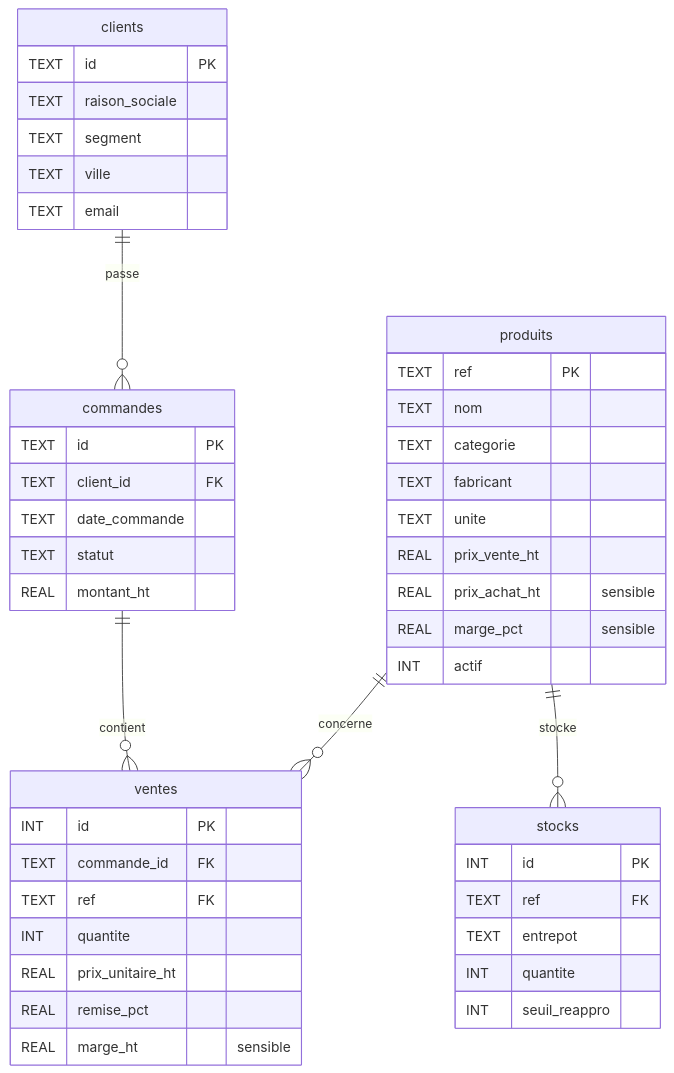
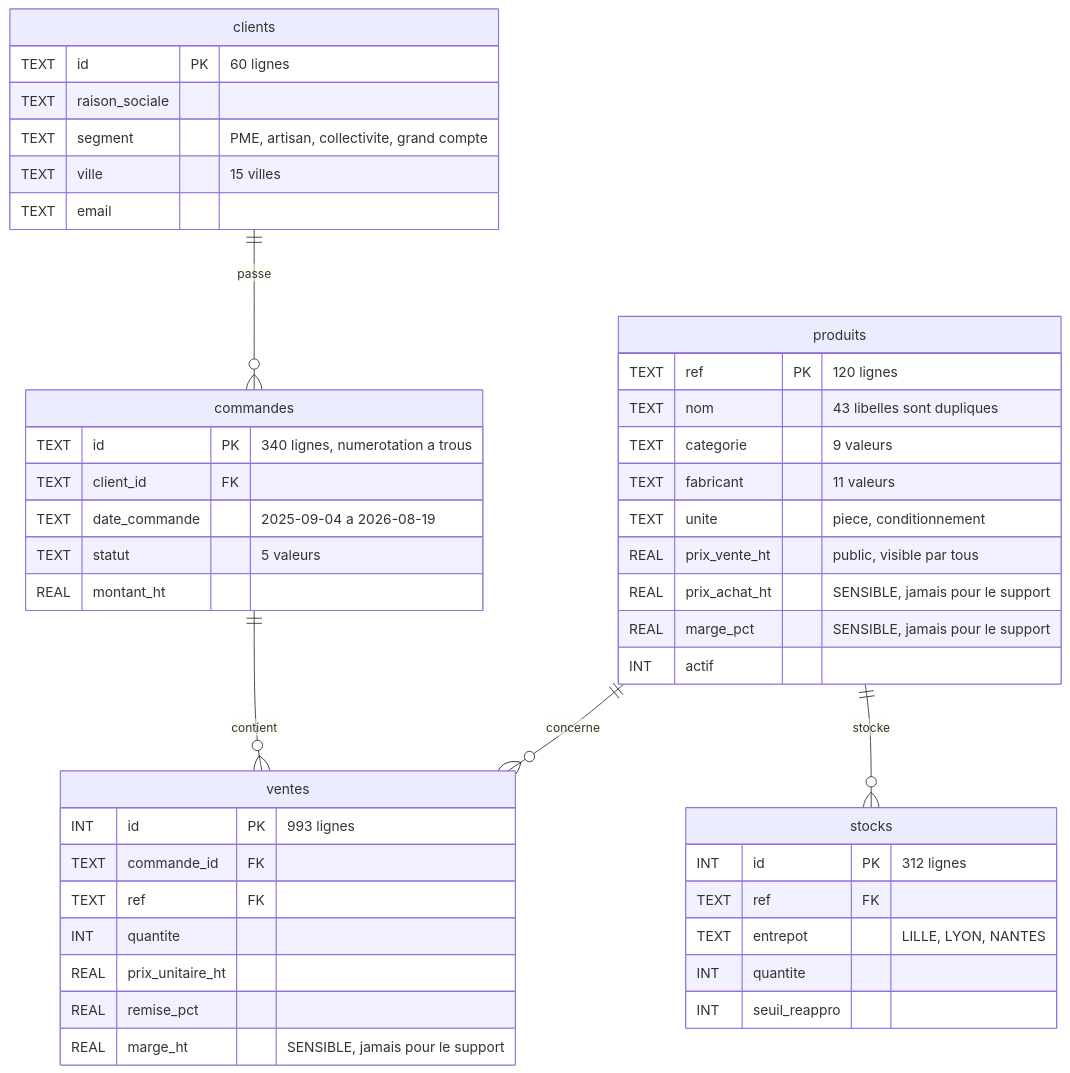
One commit to Bealph/sorabel-gateway changed the diagram in docs/analyse_donnees.md. Above: the diagram before and after it, drawn with Mermaid. The commit also changed other lines of this file and 9 other files, not shown here.

````diff
--- a/docs/analyse_donnees.md
+++ b/docs/analyse_donnees.md
@@ -33,49 +26,49 @@
 ```mermaid
 erDiagram
     clients   ||--o{ commandes : "passe"
     commandes ||--o{ ventes    : "contient"
     produits  ||--o{ ventes    : "concerne"
     produits  ||--o{ stocks    : "stocke"
 
     clients {
-      TEXT id PK
+      TEXT id PK "60 lignes"
       TEXT raison_sociale
-      TEXT segment
-      TEXT ville
+      TEXT segment "PME, artisan, collectivite, grand compte"
+      TEXT ville "15 villes"
       TEXT email
     }
     produits {
-      TEXT ref PK
-      TEXT nom
-      TEXT categorie
-      TEXT fabricant
-      TEXT unite
-      REAL prix_vente_ht
-      REAL prix_achat_ht "sensible"
-      REAL marge_pct "sensible"
+      TEXT ref PK "120 lignes"
+      TEXT nom "43 libelles sont dupliques"
+      TEXT categorie "9 valeurs"
+      TEXT fabricant "11 valeurs"
+      TEXT unite "piece, conditionnement"
+      REAL prix_vente_ht "public, visible par tous"
+      REAL prix_achat_ht "SENSIBLE, jamais pour le support"
+      REAL marge_pct "SENSIBLE, jamais pour le support"
       INT  actif
     }
     commandes {
-      TEXT id PK
+      TEXT id PK "340 lignes, numerotation a trous"
       TEXT client_id FK
-      TEXT date_commande
-      TEXT statut
+      TEXT date_commande "2025-09-04 a 2026-08-19"
+      TEXT statut "5 valeurs"
       REAL montant_ht
     }
     stocks {
-      INT  id PK
+      INT  id PK "312 lignes"
       TEXT ref FK
-      TEXT entrepot
+      TEXT entrepot "LILLE, LYON, NANTES"
       INT  quantite
       INT  seuil_reappro
     }
     ventes {
-      INT  id PK
+      INT  id PK "993 lignes"
       TEXT commande_id FK
       TEXT ref FK
       INT  quantite
       REAL prix_unitaire_ht
       REAL remise_pct
-      REAL marge_ht "sensible"
+      REAL marge_ht "SENSIBLE, jamais pour le support"
     }
 ```
````
